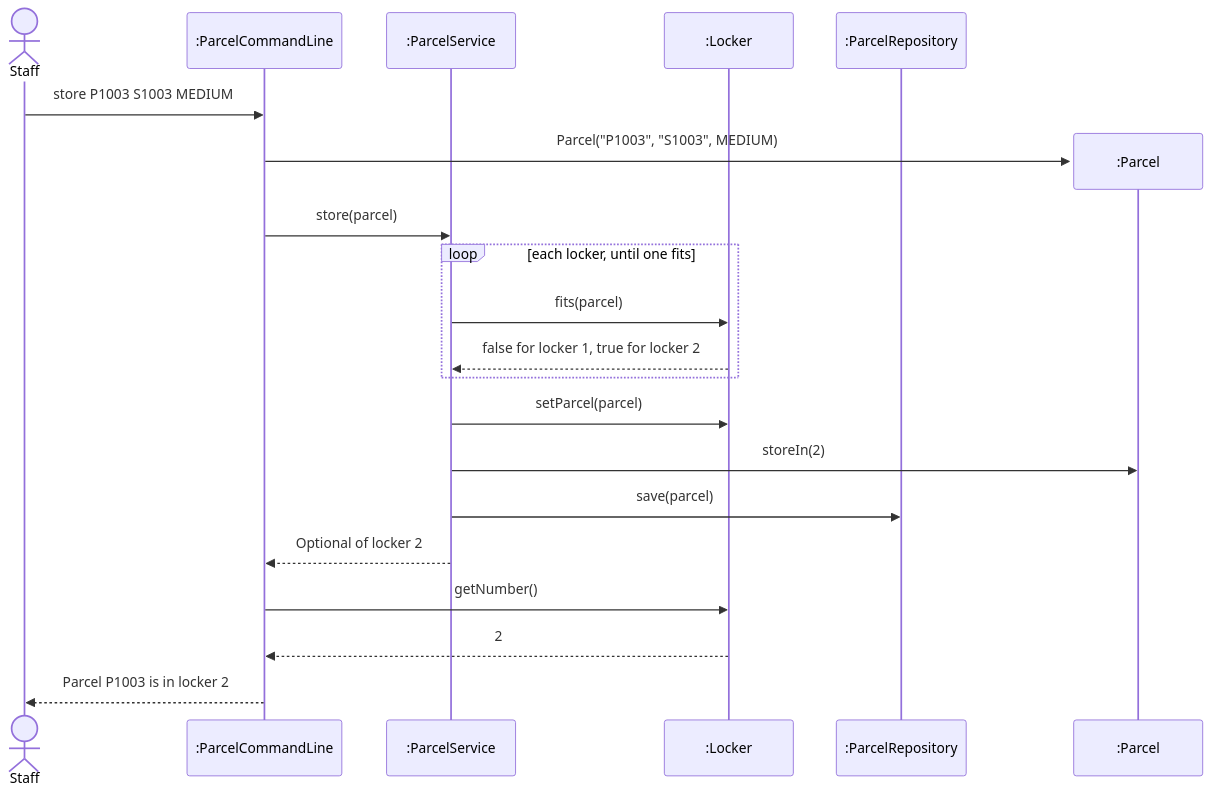
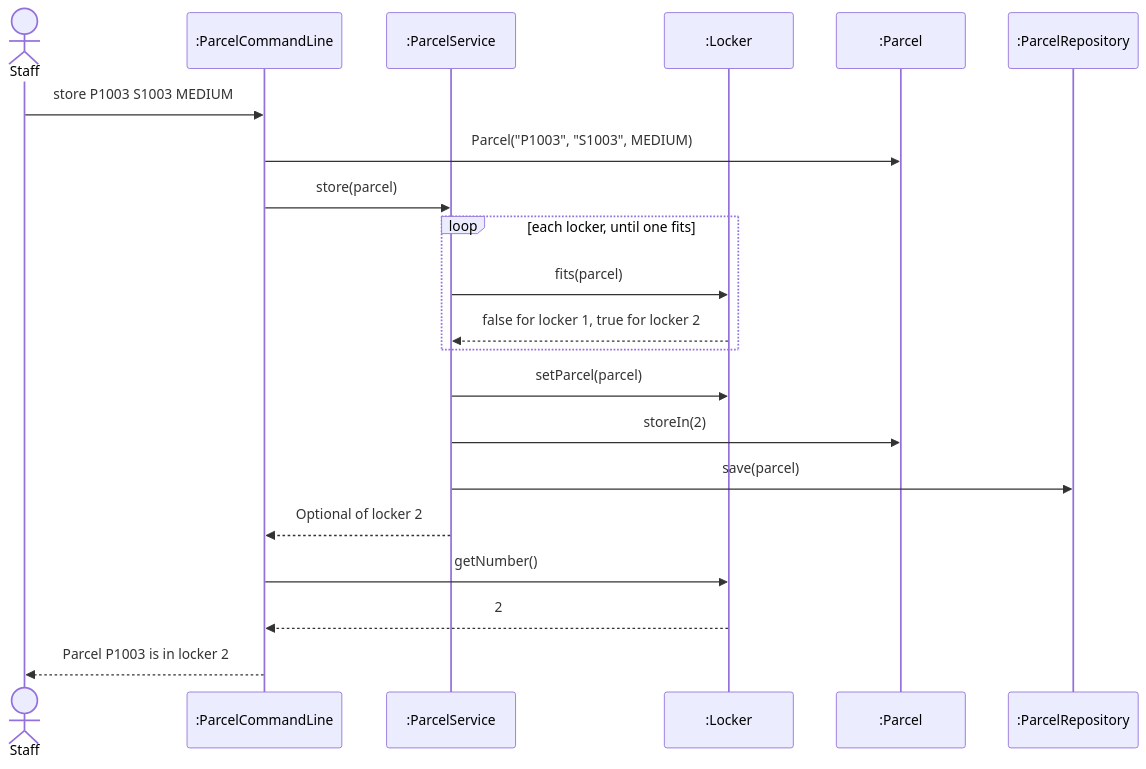
The third of 3 diagrams in LAB_REPORT.md (JirathiwatSun/itcs382-h2-lab), drawn with Mermaid before and after one commit. The commit also changed other lines of this file, not shown here.

````diff
--- a/LAB_REPORT.md
+++ b/LAB_REPORT.md
@@ -163,23 +163,23 @@
 ```mermaid
 sequenceDiagram
     actor Staff
     participant cli as :ParcelCommandLine
     participant service as :ParcelService
     participant locker as :Locker
+    participant parcel as :Parcel
     participant repository as :ParcelRepository
     Staff->>cli: store P1003 S1003 MEDIUM
-    create participant parcel as :Parcel
     cli->>parcel: Parcel("P1003", "S1003", MEDIUM)
     cli->>service: store(parcel)
     loop each locker, until one fits
         service->>locker: fits(parcel)
         locker-->>service: false for locker 1, true for locker 2
     end
     service->>locker: setParcel(parcel)
     service->>parcel: storeIn(2)
     service->>repository: save(parcel)
     service-->>cli: Optional of locker 2
     cli->>locker: getNumber()
     locker-->>cli: 2
     cli-->>Staff: Parcel P1003 is in locker 2
 ```
````
